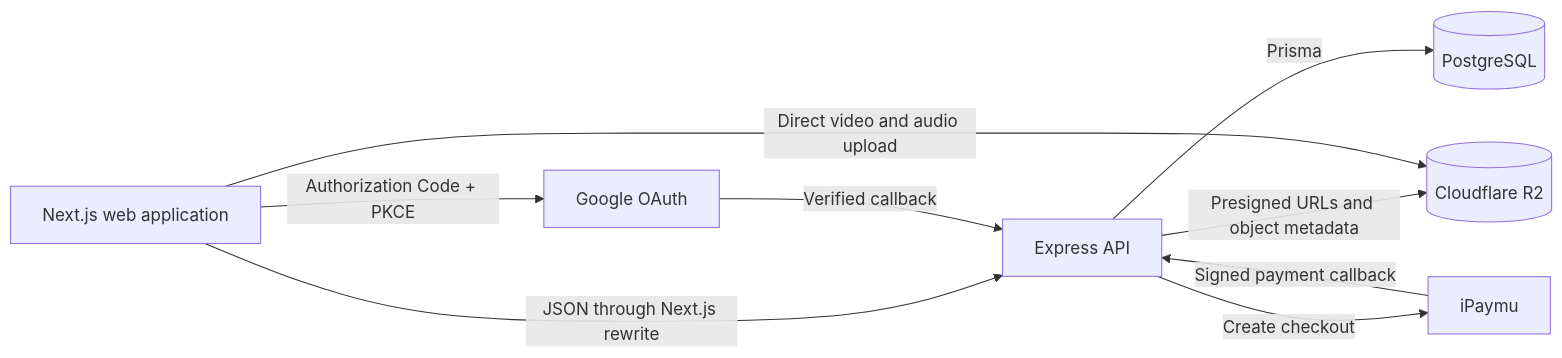
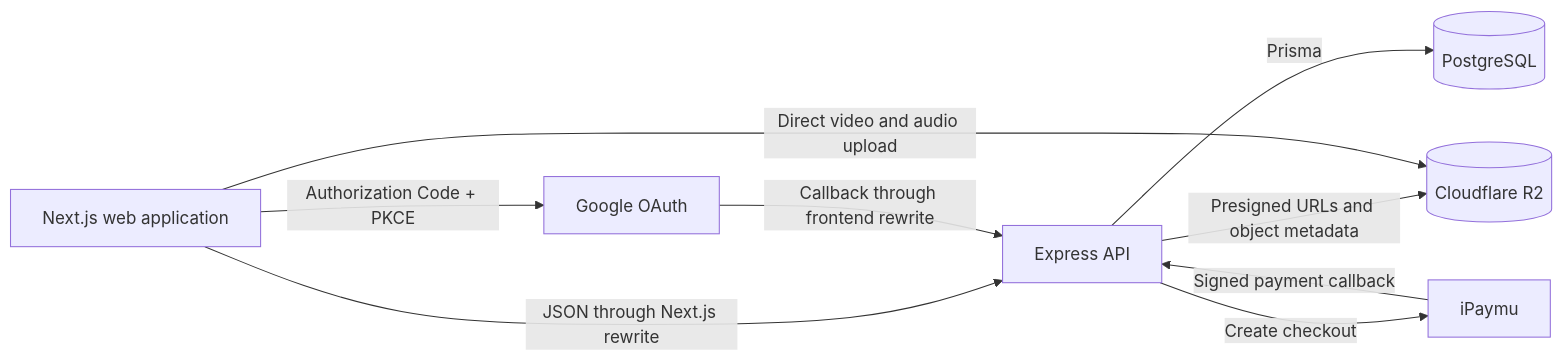
Before and after one commit to markusdito/fluentcheck-english-proficiency-test: the diagram in README.md, drawn with Mermaid. The commit also changed other lines of this file and 33 other files, not shown here.

Commit message:
fix(auth): harden Google OAuth callback flow

````diff
--- a/README.md
+++ b/README.md
@@ -76,18 +76,18 @@
 ```mermaid
 flowchart LR
     Browser[Next.js web application]
     API[Express API]
     Database[(PostgreSQL)]
     Storage[(Cloudflare R2)]
     Payment[iPaymu]
     Google[Google OAuth]
 
     Browser -->|JSON through Next.js rewrite| API
     API -->|Prisma| Database
     API -->|Presigned URLs and object metadata| Storage
     Browser -->|Direct video and audio upload| Storage
     API -->|Create checkout| Payment
     Payment -->|Signed payment callback| API
     Browser -->|Authorization Code + PKCE| Google
-    Google -->|Verified callback| API
+    Google -->|Callback through frontend rewrite| API
 ```
````
